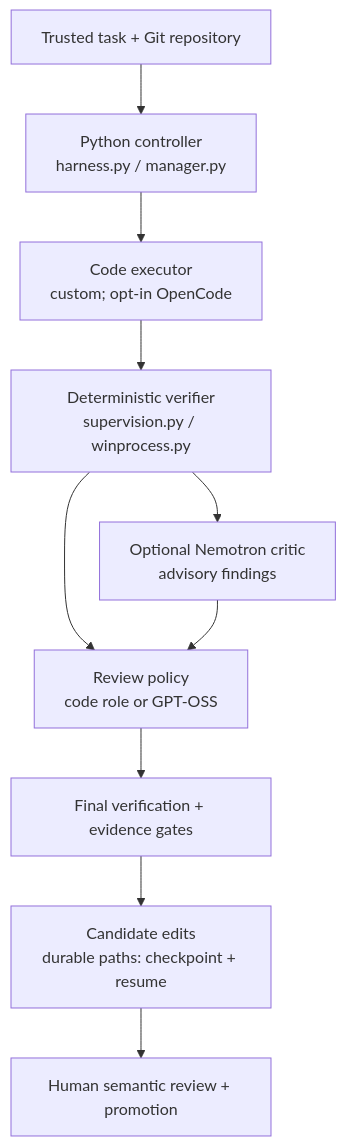
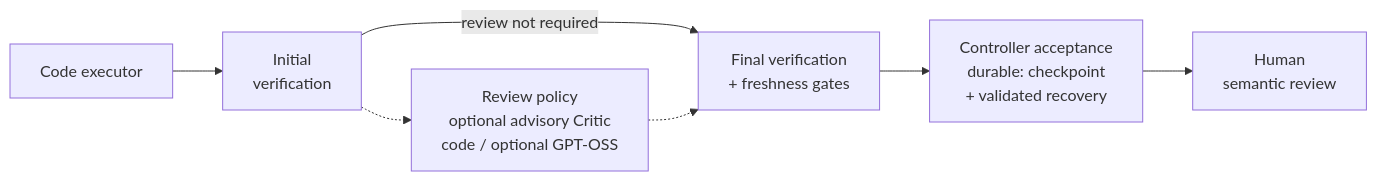
One commit to MilJav11/triglav-harness changed the diagram in README.md. Above: the diagram before and after it, drawn with Mermaid.

Commit message:
docs: compact TRIGLAV architecture diagram

````diff
--- a/README.md
+++ b/README.md
@@ -46,12 +46,9 @@
 ```mermaid
-flowchart TD
-    Task["Trusted task + Git repository"] --> Controller["Python controller<br/>harness.py / manager.py"]
-    Controller --> Executor["Code executor<br/>custom; opt-in OpenCode"]
-    Executor --> Verify["Deterministic verifier<br/>supervision.py / winprocess.py"]
-    Verify --> Review["Review policy<br/>code role or GPT-OSS"]
-    Verify --> Critic["Optional Nemotron critic<br/>advisory findings"]
-    Critic --> Review
-    Review --> Final["Final verification + evidence gates"]
-    Final --> Candidate["Candidate edits<br/>durable paths: checkpoint + resume"]
-    Candidate --> Human["Human semantic review + promotion"]
+flowchart LR
+    E["Code executor"] --> V["Initial<br/>verification"]
+    V -->|"review not required"| F["Final verification<br/>+ freshness gates"]
+    V -.-> R["Review policy<br/>optional advisory Critic<br/>code / optional GPT-OSS"]
+    R -.-> F
+    F --> A["Controller acceptance<br/>durable: checkpoint<br/>+ validated recovery"]
+    A --> H["Human<br/>semantic review"]
 ```
````
